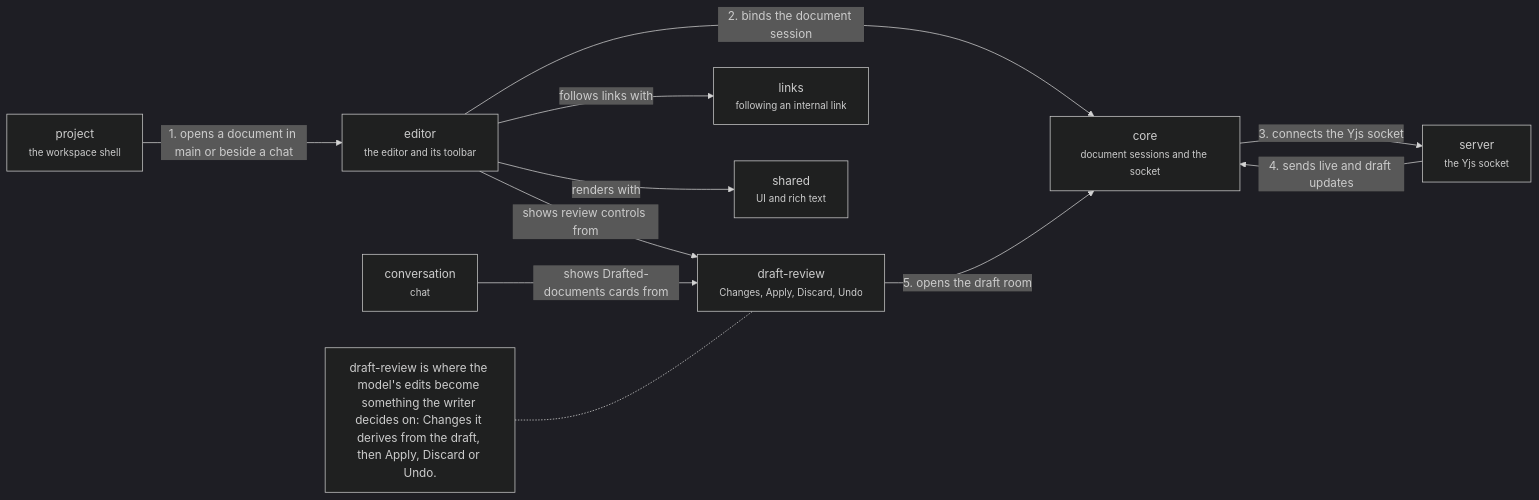
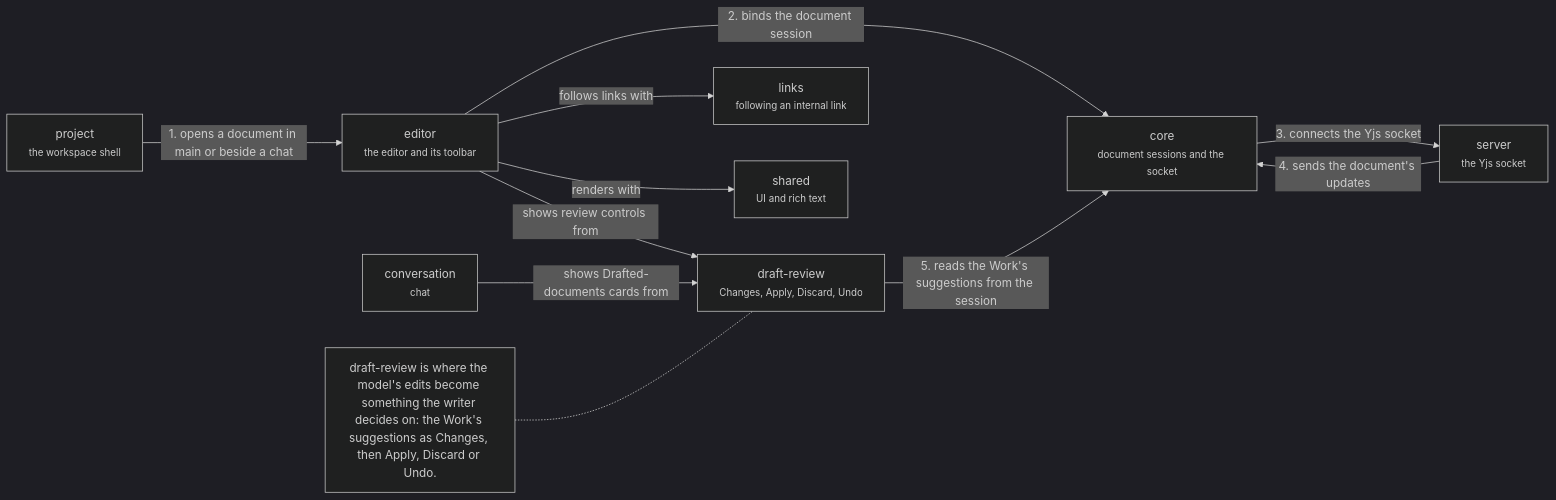
One commit to haowjy/meridian-flow changed the diagram in .context/system-architecture/app-documents.md. Above: the diagram before and after it, drawn with Mermaid (dark theme). The commit also changed other lines of this file and 75 other files, not shown here.

````diff
--- a/.context/system-architecture/app-documents.md
+++ b/.context/system-architecture/app-documents.md
@@ -5,22 +5,22 @@
 ```mermaid
 flowchart LR
   editor["editor<br/><small>the editor and its toolbar</small>"]:::feature
   draft-review["draft-review<br/><small>Changes, Apply, Discard, Undo</small>"]:::feature
   links["links<br/><small>following an internal link</small>"]:::feature
   project["project<br/><small>the workspace shell</small>"]:::context
   core["core<br/><small>document sessions and the socket</small>"]:::context
   shared["shared<br/><small>UI and rich text</small>"]:::context
   conversation["conversation<br/><small>chat</small>"]:::context
   server["server<br/><small>the Yjs socket</small>"]:::context
   project -->|"1. opens a document in main or beside a chat"| editor
   editor -->|"2. binds the document session"| core
   core -->|"3. connects the Yjs socket"| server
-  server -->|"4. sends live and draft updates"| core
-  draft-review -->|"5. opens the draft room"| core
+  server -->|"4. sends the document's updates"| core
+  draft-review -->|"5. reads the Work's suggestions from the session"| core
   editor -->|"shows review controls from"| draft-review
   editor -->|"follows links with"| links
   conversation -->|"shows Drafted-documents cards from"| draft-review
   editor -->|"renders with"| shared
-  note1["draft-review is where the model's edits become something the writer decides on: Changes it derives from the draft, then Apply, Discard or Undo."]:::note
+  note1["draft-review is where the model's edits become something the writer decides on: the Work's suggestions as Changes, then Apply, Discard or Undo."]:::note
   note1 -.- draft-review
 ```
````
